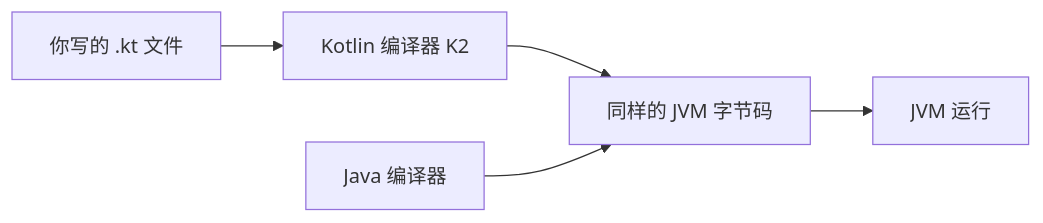
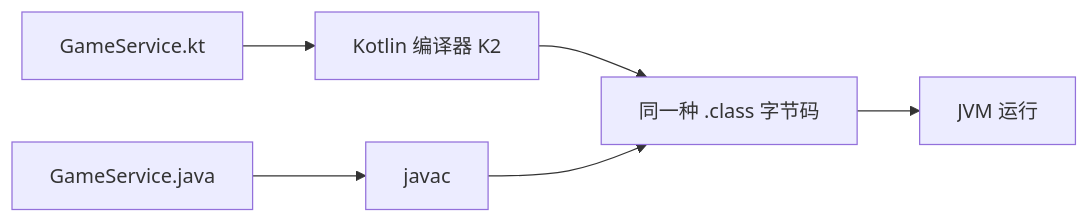
The diagram in cnt-content/full/013-kotlin/010-WhatIsKotlin.md (fanquanpp/FANDEX), drawn with Mermaid before and after one commit. The commit also changed other lines of this file and 141 other files, not shown here.

````diff
--- a/cnt-content/full/013-kotlin/010-WhatIsKotlin.md
+++ b/cnt-content/full/013-kotlin/010-WhatIsKotlin.md
@@ -28,7 +78,8 @@
 ```mermaid
 flowchart LR
-    A[你写的 .kt 文件] --> B[Kotlin 编译器 K2]
-    B --> C[同样的 JVM 字节码]
-    D[Java 编译器] --> C
-    C --> E[JVM 运行]
+    A[GameService.kt] --> B[Kotlin 编译器 K2]
+    C[GameService.java] --> D[javac]
+    B --> E[同一种 .class 字节码]
+    D --> E
+    E --> F[JVM 运行]
 ```
````
